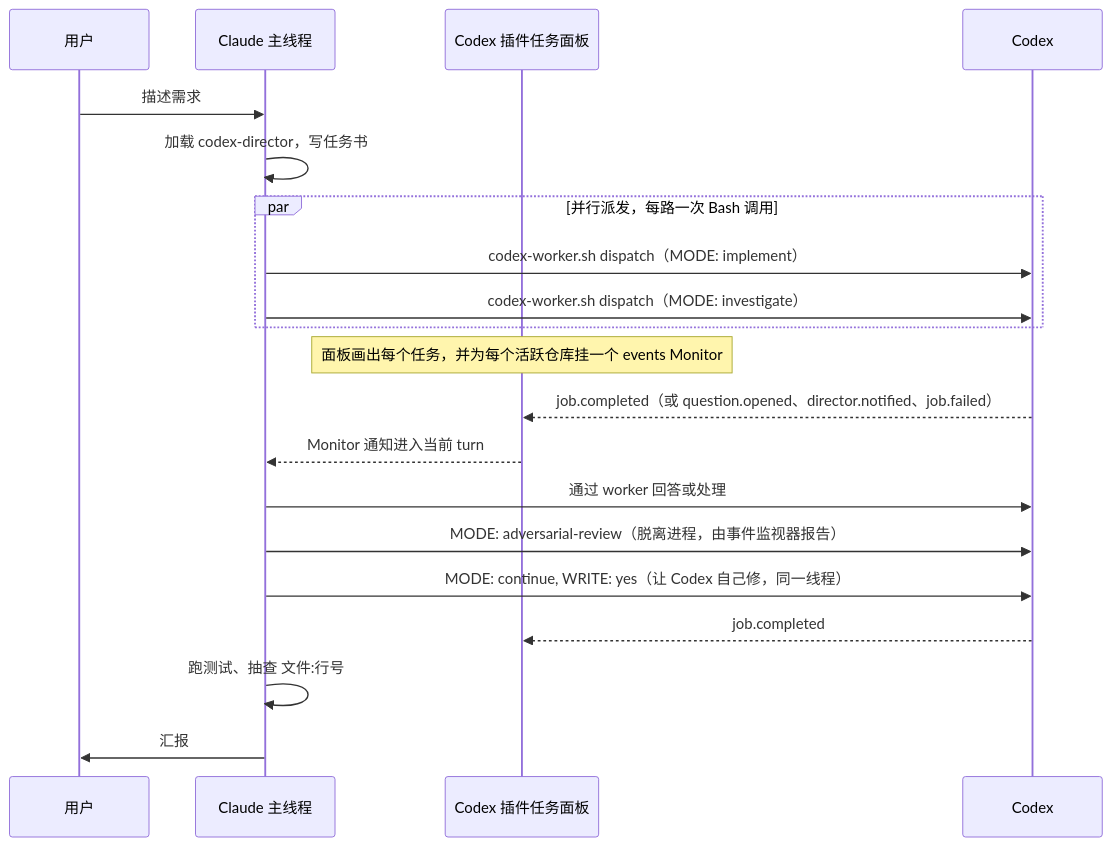
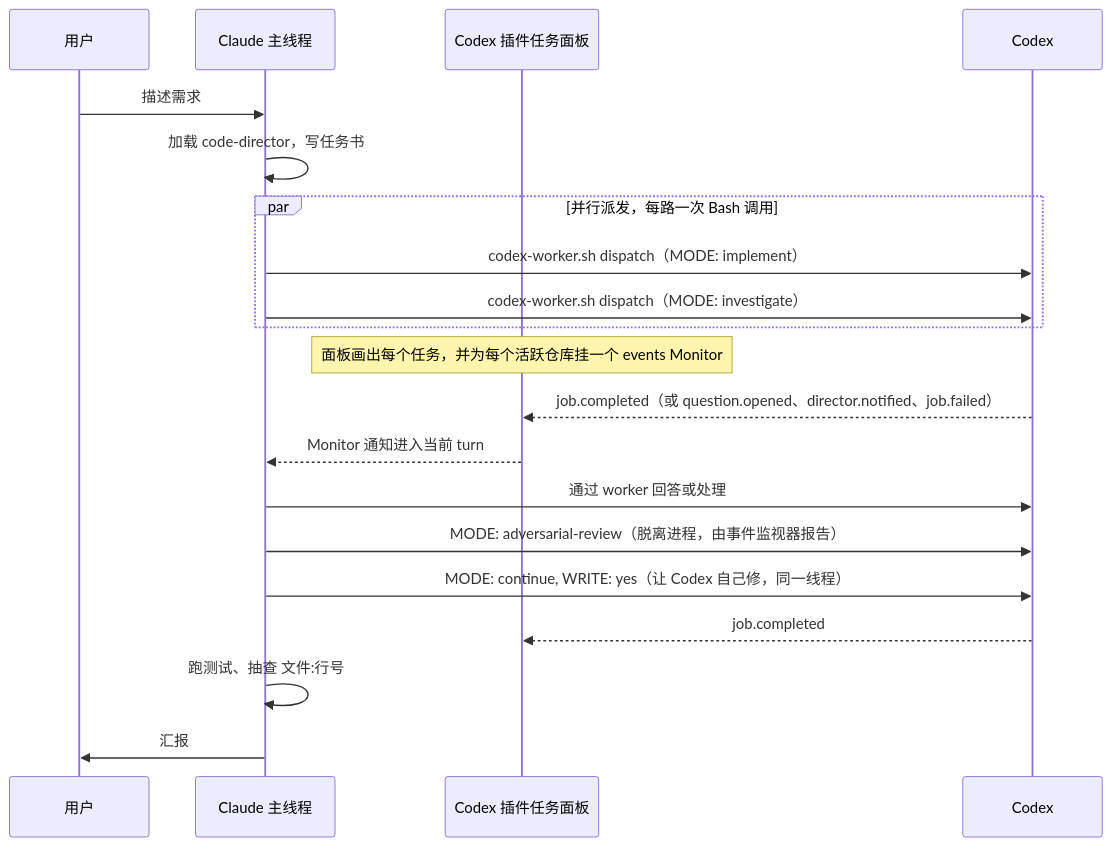
Before and after one commit to y-cruce/code-director: the diagram in README.zh-CN.md, drawn with Mermaid. The commit also changed other lines of this file and 5 other files, not shown here.

First line of the commit message:
Skill: rename codex-director to code-director

````diff
--- a/README.zh-CN.md
+++ b/README.zh-CN.md
@@ -21,23 +21,23 @@
 ```mermaid
 sequenceDiagram
     participant U as 用户
     participant C as Claude 主线程
     participant P as Codex 插件任务面板
     participant X as Codex
 
     U->>C: 描述需求
-    C->>C: 加载 codex-director，写任务书
+    C->>C: 加载 code-director，写任务书
     par 并行派发，每路一次 Bash 调用
         C->>X: codex-worker.sh dispatch（MODE: implement）
         C->>X: codex-worker.sh dispatch（MODE: investigate）
     end
     Note over P: 面板画出每个任务，并为每个活跃仓库挂一个 events Monitor
     X-->>P: job.completed（或 question.opened、director.notified、job.failed）
     P-->>C: Monitor 通知进入当前 turn
     C->>X: 通过 worker 回答或处理
     C->>X: MODE: adversarial-review（脱离进程，由事件监视器报告）
     C->>X: MODE: continue, WRITE: yes（让 Codex 自己修，同一线程）
     X-->>P: job.completed
     C->>C: 跑测试、抽查 文件:行号
     C->>U: 汇报
 ```
````
